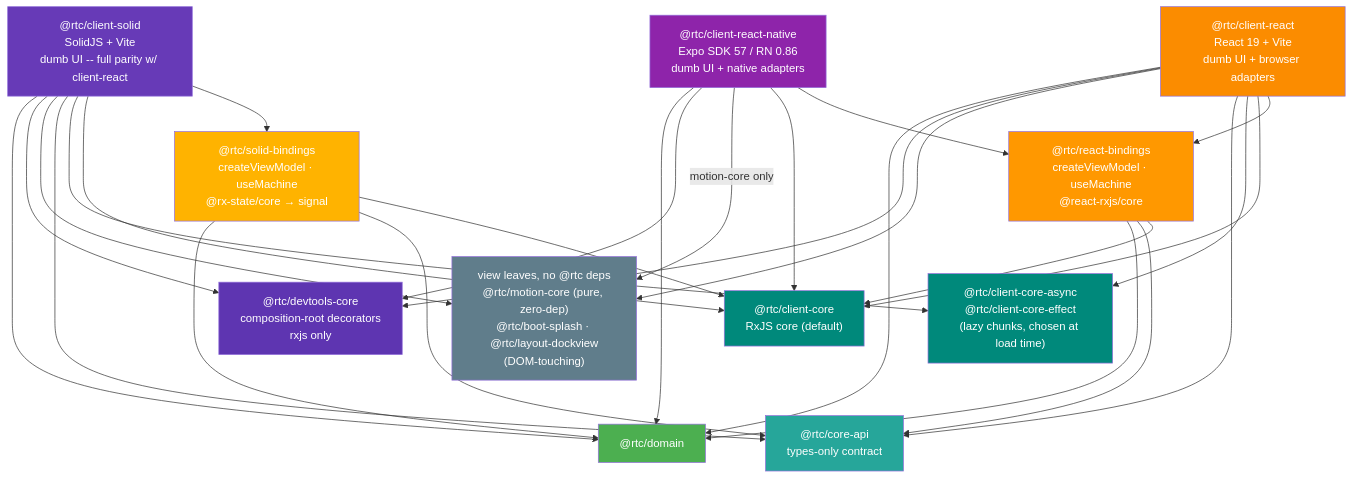
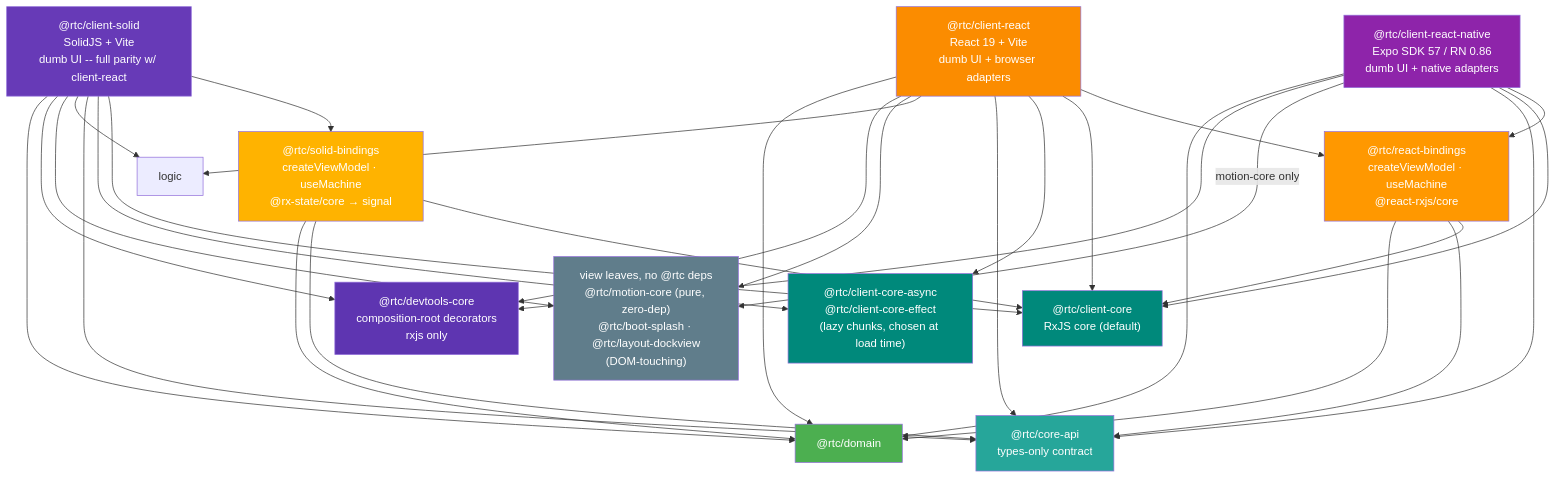
The first of 4 diagrams in docs/architecture/06-package-dependencies.md (bettersoftware-io/ReactiveTraderCloudClone), drawn with Mermaid before and after one commit. The commit also changed other lines of this file and 13 other files, not shown here.

````diff
--- a/docs/architecture/06-package-dependencies.md
+++ b/docs/architecture/06-package-dependencies.md
@@ -9,62 +9,65 @@
 ```mermaid
 graph TB
     webc["@rtc/client-react<br/>React 19 + Vite<br/>dumb UI + browser adapters"]
     solidc["@rtc/client-solid<br/>SolidJS + Vite<br/>dumb UI -- full parity w/ client-react"]
     rnc["@rtc/client-react-native<br/>Expo SDK 57 / RN 0.86<br/>dumb UI + native adapters"]
 
     rb["@rtc/react-bindings<br/>createViewModel · useMachine<br/>@react-rxjs/core"]
     sb["@rtc/solid-bindings<br/>createViewModel · useMachine<br/>@rx-state/core → signal"]
 
     core["@rtc/client-core<br/>RxJS core (default)"]
     alts["@rtc/client-core-async<br/>@rtc/client-core-effect<br/>(lazy chunks, chosen at load time)"]
     api["@rtc/core-api<br/>types-only contract"]
 
     leaves["view leaves, no @rtc deps<br/>@rtc/motion-core (pure, zero-dep)<br/>@rtc/boot-splash · @rtc/layout-dockview<br/>(DOM-touching)"]
     dtcore["@rtc/devtools-core<br/>composition-root decorators<br/>rxjs only"]
     domain["@rtc/domain"]
 
     webc --> rb
     webc --> core
     webc --> alts
     webc --> api
+    webc --> logic
     webc --> leaves
     webc --> dtcore
     webc --> domain
     solidc --> sb
     solidc --> core
     solidc --> alts
     solidc --> api
+    solidc --> logic
     solidc --> leaves
     solidc --> dtcore
     solidc --> domain
     rnc --> rb
     rnc --> core
+    rnc --> api
     rnc -->|"motion-core only"| leaves
     rnc --> dtcore
     rnc --> domain
     rb --> core
     rb --> api
     rb --> domain
     sb --> core
     sb --> api
     sb --> domain
 
     %% Invisible rank constraints -- keep each rank to four boxes (tall, not wide)
     rb ~~~ alts
     sb ~~~ leaves
     sb ~~~ dtcore
     core ~~~ api
     core ~~~ domain
 
     style webc fill:#FB8C00,color:#fff
     style solidc fill:#673AB7,color:#fff
     style rnc fill:#8E24AA,color:#fff
     style rb fill:#FF9800,color:#fff
     style sb fill:#FFB300,color:#fff
     style core fill:#00897B,color:#fff
     style alts fill:#00897B,color:#fff
     style api fill:#26A69A,color:#fff
     style leaves fill:#607D8B,color:#fff
     style dtcore fill:#5E35B1,color:#fff
     style domain fill:#4CAF50,color:#fff
 ```
````
